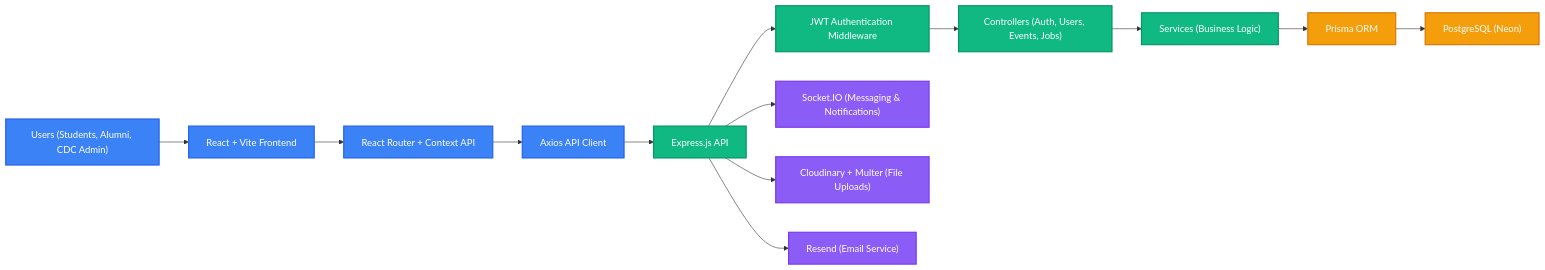
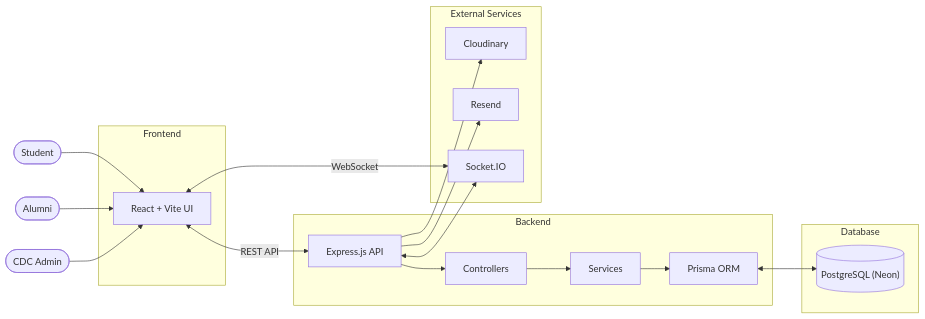
Before and after one commit to Piyush200516/AlumniConnect: the first of 8 diagrams in README.md, drawn with Mermaid. The commit also changed other lines of this file, not shown here.

````diff
--- a/README.md
+++ b/README.md
@@ -41,35 +42,42 @@
 ```mermaid
 flowchart LR
-    %% Users & Client Layer
-    U["Users (Students, Alumni, CDC Admin)"] --> F["React + Vite Frontend"]
-    F --> R["React Router + Context API"]
+    %% Actors
+    U1(["Student"]) --> F
+    U2(["Alumni"]) --> F
+    U3(["CDC Admin"]) --> F
     
-    %% API Communication Layer
-    R --> X["Axios API Client"]
-    X --> A["Express.js API"]
+    %% Frontend
+    subgraph Frontend
+        F["React + Vite UI"]
+    end
     
-    %% Backend & Security Layer
-    A --> M["JWT Authentication Middleware"]
-    M --> C["Controllers (Auth, Users, Events, Jobs)"]
-    C --> S["Services (Business Logic)"]
+    %% Backend
+    subgraph Backend
+        A["Express.js API"]
+        C["Controllers"]
+        S["Services"]
+        P["Prisma ORM"]
+        
+        A --> C --> S --> P
+    end
     
-    %% Database & ORM
-    S --> P["Prisma ORM"]
-    P --> D["PostgreSQL (Neon)"]
+    %% Database
+    subgraph Database
+        D[("PostgreSQL (Neon)")]
+    end
     
-    %% External Services & Real-time
-    A --> SO["Socket.IO (Messaging & Notifications)"]
-    A --> CL["Cloudinary + Multer (File Uploads)"]
-    A --> RE["Resend (Email Service)"]
-
-    %% Styling
-    classDef client fill:#3b82f6,stroke:#2563eb,stroke-width:2px,color:#fff;
-    classDef server fill:#10b981,stroke:#059669,stroke-width:2px,color:#fff;
-    classDef db fill:#f59e0b,stroke:#d97706,stroke-width:2px,color:#fff;
-    classDef ext fill:#8b5cf6,stroke:#7c3aed,stroke-width:2px,color:#fff;
-
-    class U,F,R,X client;
-    class A,M,C,S server;
-    class P,D db;
-    class SO,CL,RE ext;
+    %% External Services
+    subgraph External Services
+        CL["Cloudinary"]
+        RE["Resend"]
+        SO["Socket.IO"]
+    end
+    
+    %% Connections
+    F <-->|REST API| A
+    F <-->|WebSocket| SO
+    A <--> SO
+    P <--> D
+    A --> CL
+    A --> RE
 ```
````
